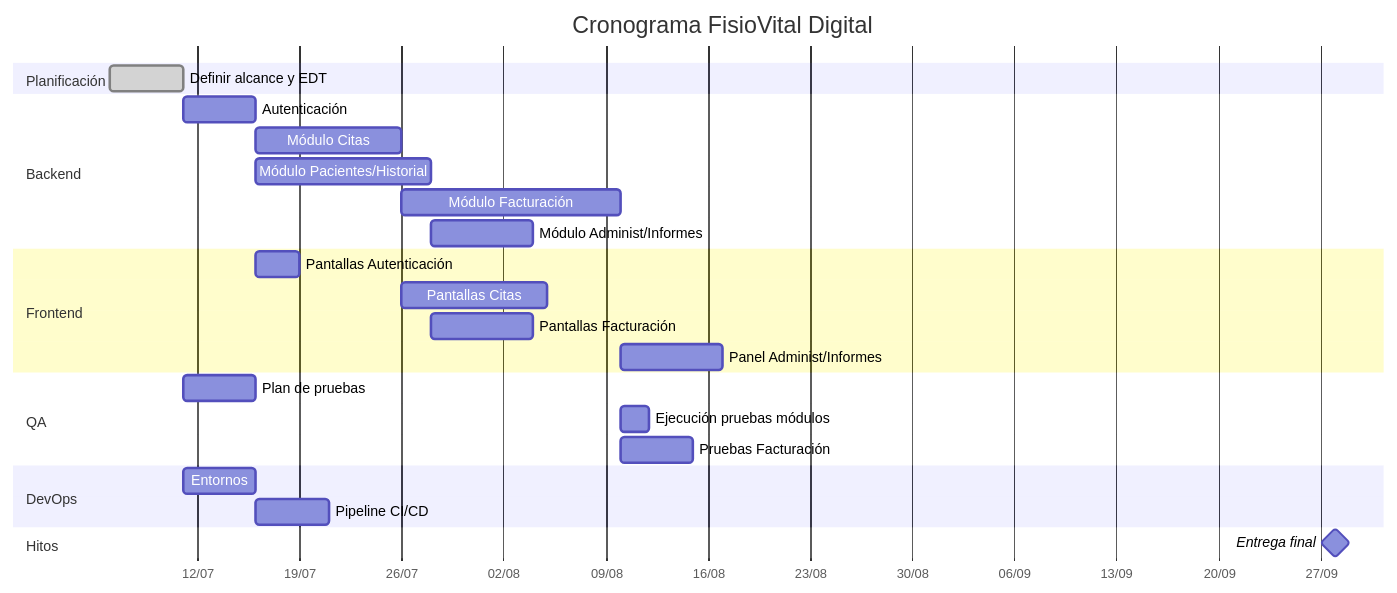
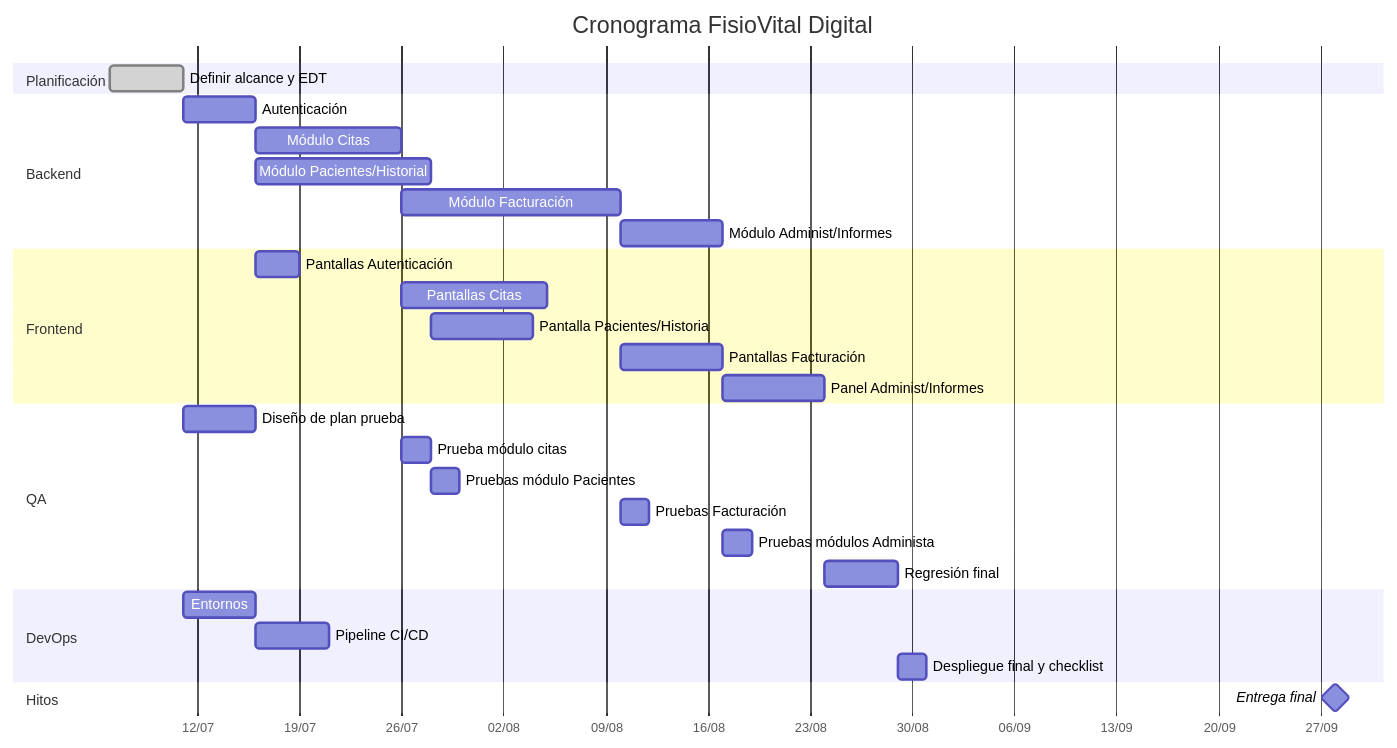
Before and after one commit to kathytisalema/fisiovital-dijital: the diagram in 02-planificacion/cronograma.md, drawn with Mermaid. The commit also changed 2 other files, not shown here.

Commit message:
(docs(planificacion): cronograma con diagrama de Gantt)

````diff
--- a/02-planificacion/cronograma.md
+++ b/02-planificacion/cronograma.md
@@ -24,29 +24,39 @@
 ```mermaid
 gantt 
     title Cronograma FisioVital Digital
 
     dateFormat 2026-07-01
     axisFormat %d/%m
     section Planificación   
     Definir alcance y EDT       :done, plan1, 2026-07-06, 5d
+
     section Backend
     Autenticación               :back1, after plan1, 5d
     Módulo Citas                :back2, after back1, 10d
     Módulo Pacientes/Historial  :back3, after back1, 12d
     Módulo Facturación          :back4, after back2, 15d
-    Módulo Administ/Informes    :back5, after back3, 7d
+    Módulo Administ/Informes    :back5, after back4, 7d
+
     section Frontend
     Pantallas Autenticación     :front1, after back1, 3d
     Pantallas Citas             :front2, after back2, 10d
-    Pantallas Facturación       :front3, after back3, 7d
-    Panel Administ/Informes     :front4, after back4, 7d
+    Pantalla Pacientes/Historia :front3, after back3, 7d
+    Pantallas Facturación       :front4, after back4, 7d
+    Panel Administ/Informes     :front5, after back5, 7d
+
     section QA
-    Plan de pruebas             :qa1, after plan1, 5d
-    Ejecución pruebas módulos   :qa2, after back4, 2d
-    Pruebas Facturación         :qa3, after back4, 5d
+    Diseño de plan prueba       :qa1, after plan1, 5d
+    Prueba módulo citas         :qa2, after back2, 2d
+    Pruebas módulo Pacientes    :qa3, after back3, 2d
+    Pruebas Facturación         :qa4, after back4, 2d
+    Pruebas módulos Administa   :qa5, after back5, 2d
+    Regresión final             :qa6, after front5, 5d
+
     section DevOps
     Entornos                    :dev1, after plan1, 5d
     Pipeline CI/CD              :dev2, after dev1, 5d
+    Despliegue final y checklist:dev3, after qa6, 2d
+
     section Hitos
     Entrega final               :milestone, m1, 2026-09-28, 0d
 ```
````
